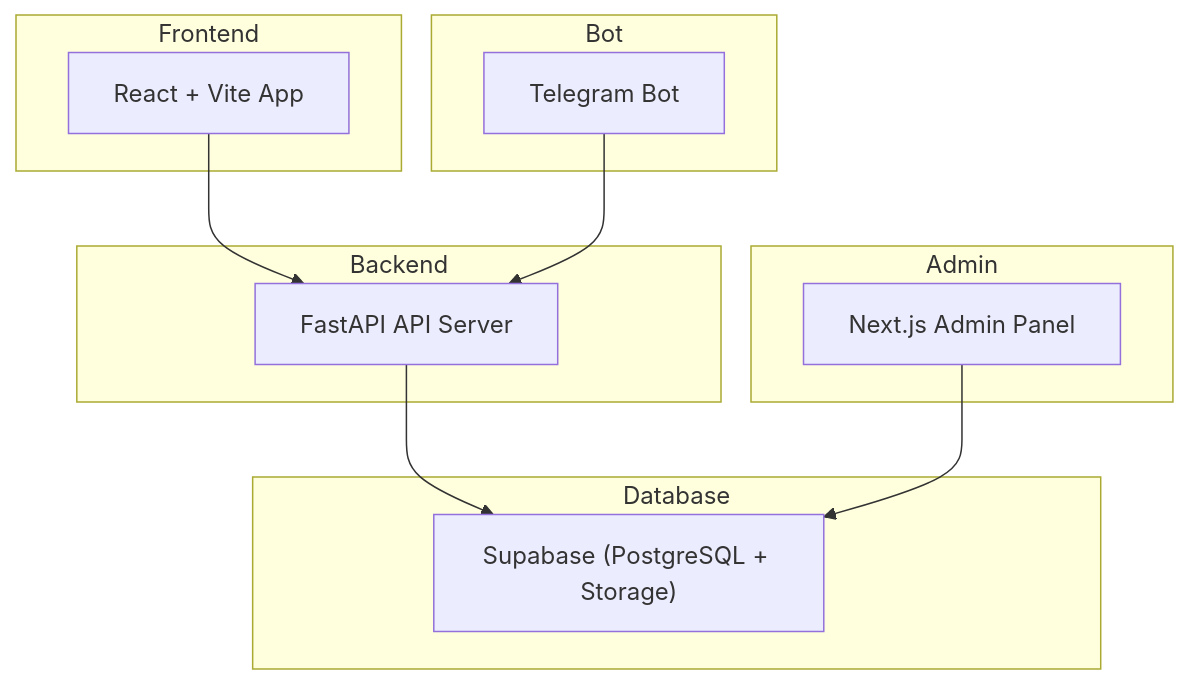
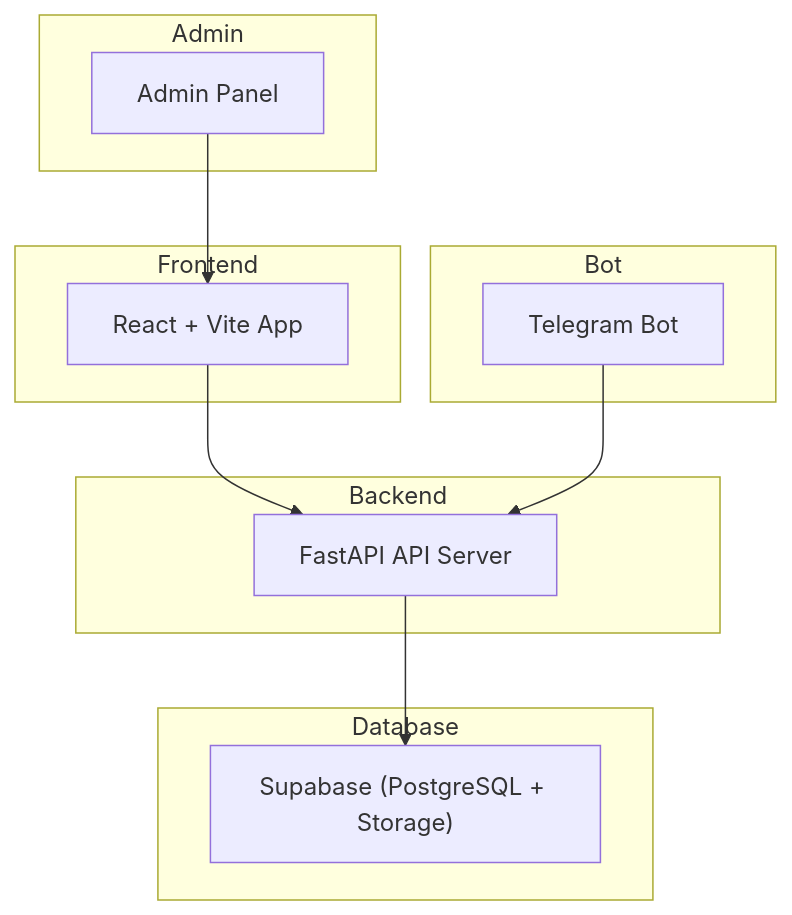
Before and after one commit to DevFalkon/NTUGuessr: the diagram in README.md, drawn with Mermaid. The commit also changed other lines of this file and 1 other file, not shown here.

Commit message:
Removed old admin panel

````diff
--- a/README.md
+++ b/README.md
@@ -165,29 +159,29 @@
 ```mermaid
 
 graph TD
 
     subgraph Frontend
         F[React + Vite App]
     end
 
     subgraph Bot
         T[Telegram Bot]
     end
 
     subgraph Backend
         B[FastAPI API Server]
     end
 
     subgraph Admin
-        A[Next.js Admin Panel]
+        A[Admin Panel]
     end
 
     subgraph Database
         S["Supabase (PostgreSQL + Storage)"]
     end
 
     F --> B
     T --> B
     B --> S
-    A --> S
+    A --> F
 ```
````
